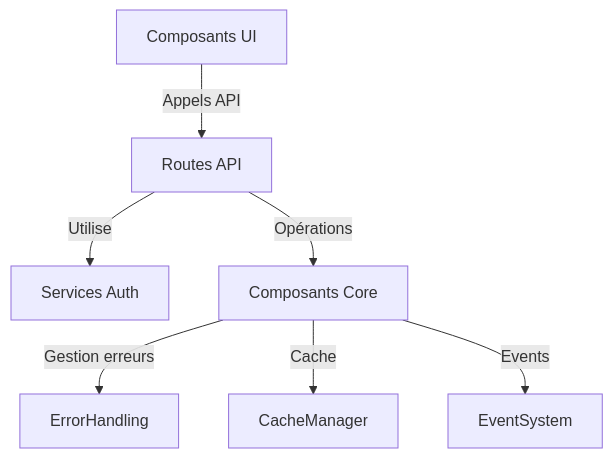
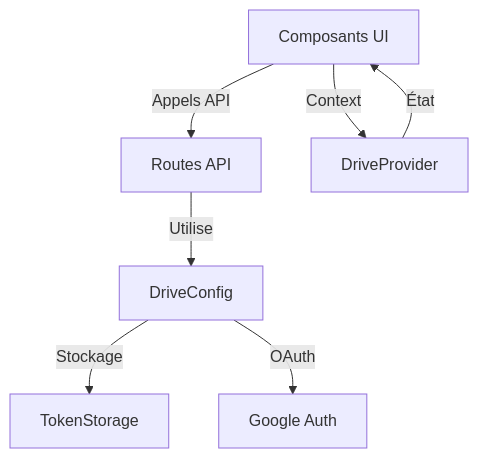
The diagram in docs/technical/drive/architecture.md (Rehcywgnaf/projet-audiovisuel), drawn with Mermaid before and after one commit. The commit also changed other lines of this file, not shown here.

Commit message:
docs: mise à jour architecture.md avec la nouvelle structure Drive et auth

````diff
--- a/docs/technical/drive/architecture.md
+++ b/docs/technical/drive/architecture.md
@@ -46,9 +32,9 @@
 ```mermaid
 graph TD
     UI[Composants UI] -->|Appels API| API[Routes API]
-    API -->|Utilise| Auth[Services Auth]
-    API -->|Opérations| Core[Composants Core]
-    Core -->|Gestion erreurs| Error[ErrorHandling]
-    Core -->|Cache| Cache[CacheManager]
-    Core -->|Events| Events[EventSystem]
+    API -->|Utilise| DC[DriveConfig]
+    DC -->|Stockage| TS[TokenStorage]
+    DC -->|OAuth| GA[Google Auth]
+    UI -->|Context| DP[DriveProvider]
+    DP -->|État| UI
 ```
````
